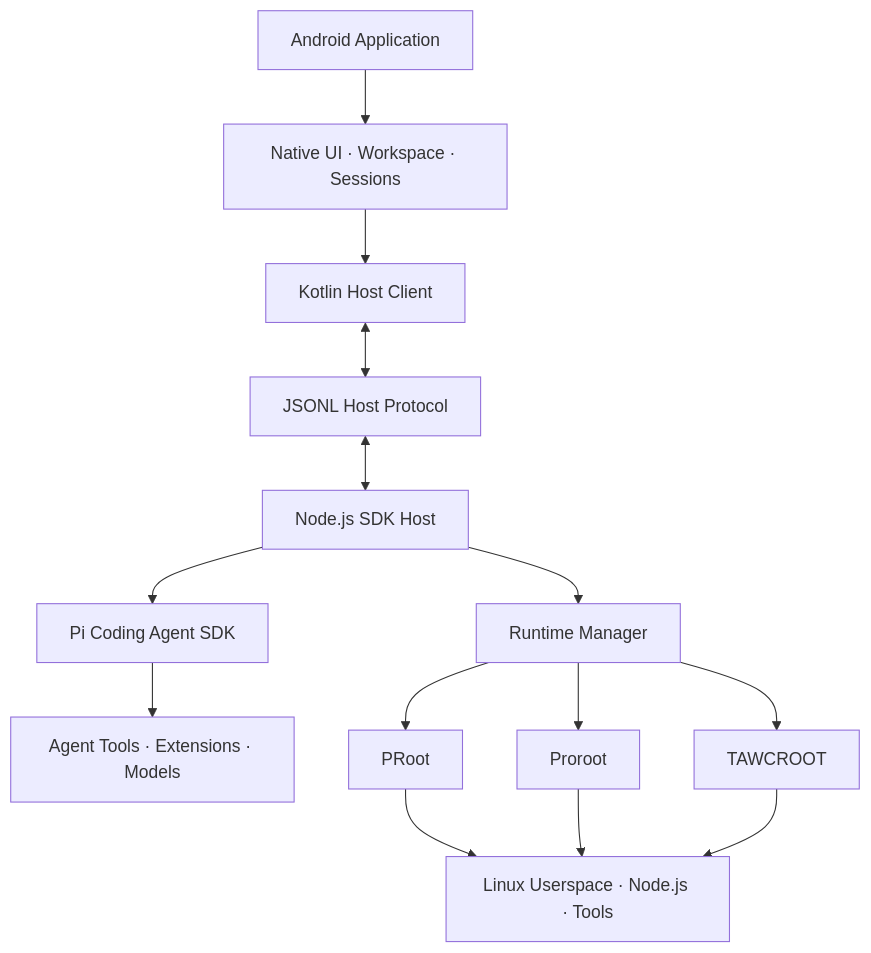
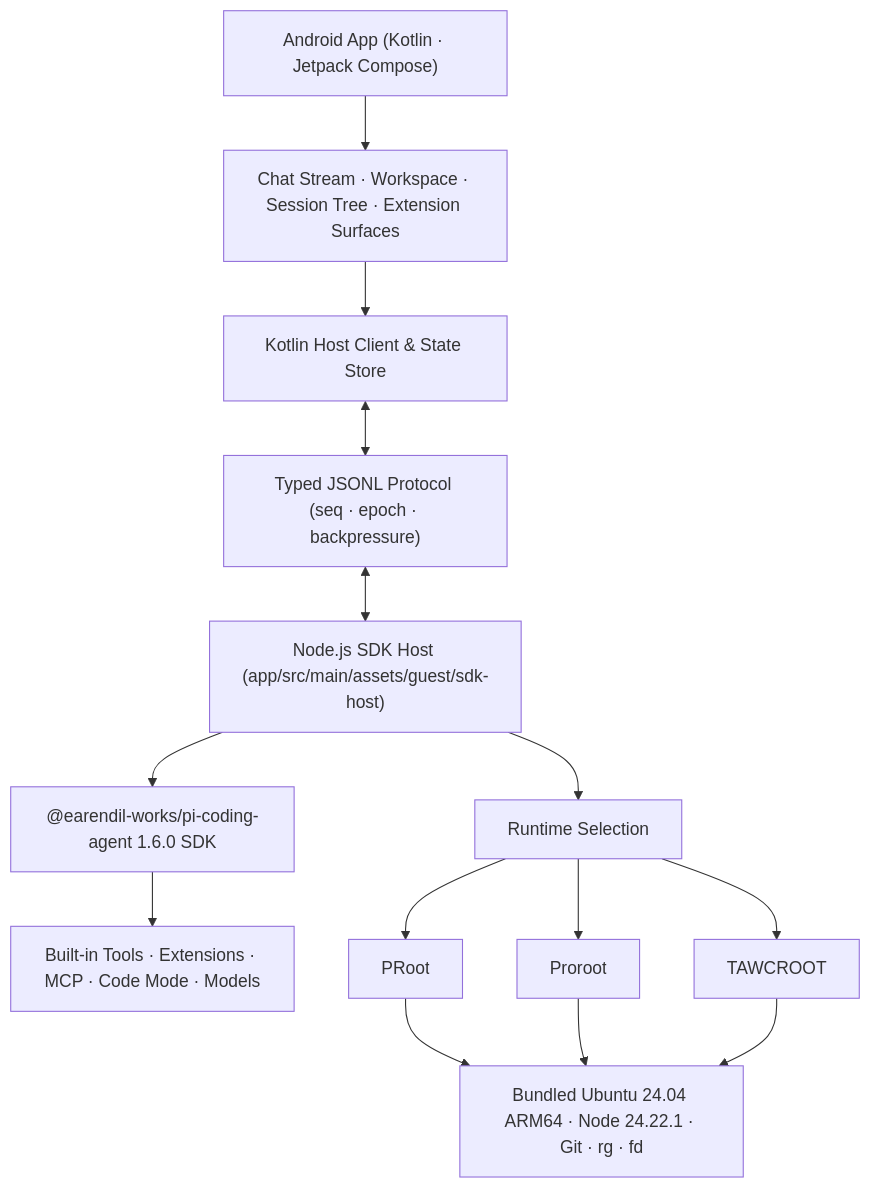
Before and after one commit to heikeyangle-code/pi-android: the diagram in README.md, drawn with Mermaid. The commit also changed other lines of this file and 2 other files, not shown here.

````diff
--- a/README.md
+++ b/README.md
@@ -186,30 +121,30 @@
 ```mermaid
 flowchart TB
-    A["Android Application"]
-    B["Native UI · Workspace · Sessions"]
-    C["Kotlin Host Client"]
-    D["JSONL Host Protocol"]
-    E["Node.js SDK Host"]
-    F["Pi Coding Agent SDK"]
-    G["Agent Tools · Extensions · Models"]
+    A["Android App (Kotlin · Jetpack Compose)"]
+    B["Chat Stream · Workspace · Session Tree · Extension Surfaces"]
+    C["Kotlin Host Client & State Store"]
+    D["Typed JSONL Protocol (seq · epoch · backpressure)"]
+    E["Node.js SDK Host (app/src/main/assets/guest/sdk-host)"]
+    F["@earendil-works/pi-coding-agent 1.6.0 SDK"]
+    G["Built-in Tools · Extensions · MCP · Code Mode · Models"]
 
-    H["Runtime Manager"]
+    H["Runtime Selection"]
     I["PRoot"]
     J["Proroot"]
     K["TAWCROOT"]
-    L["Linux Userspace · Node.js · Tools"]
+    L["Bundled Ubuntu 24.04 ARM64 · Node 24.22.1 · Git · rg · fd"]
 
     A --> B
     B --> C
     C <--> D
     D <--> E
     E --> F
     F --> G
     E --> H
     H --> I
     H --> J
     H --> K
     I --> L
     J --> L
     K --> L
 ```
````
